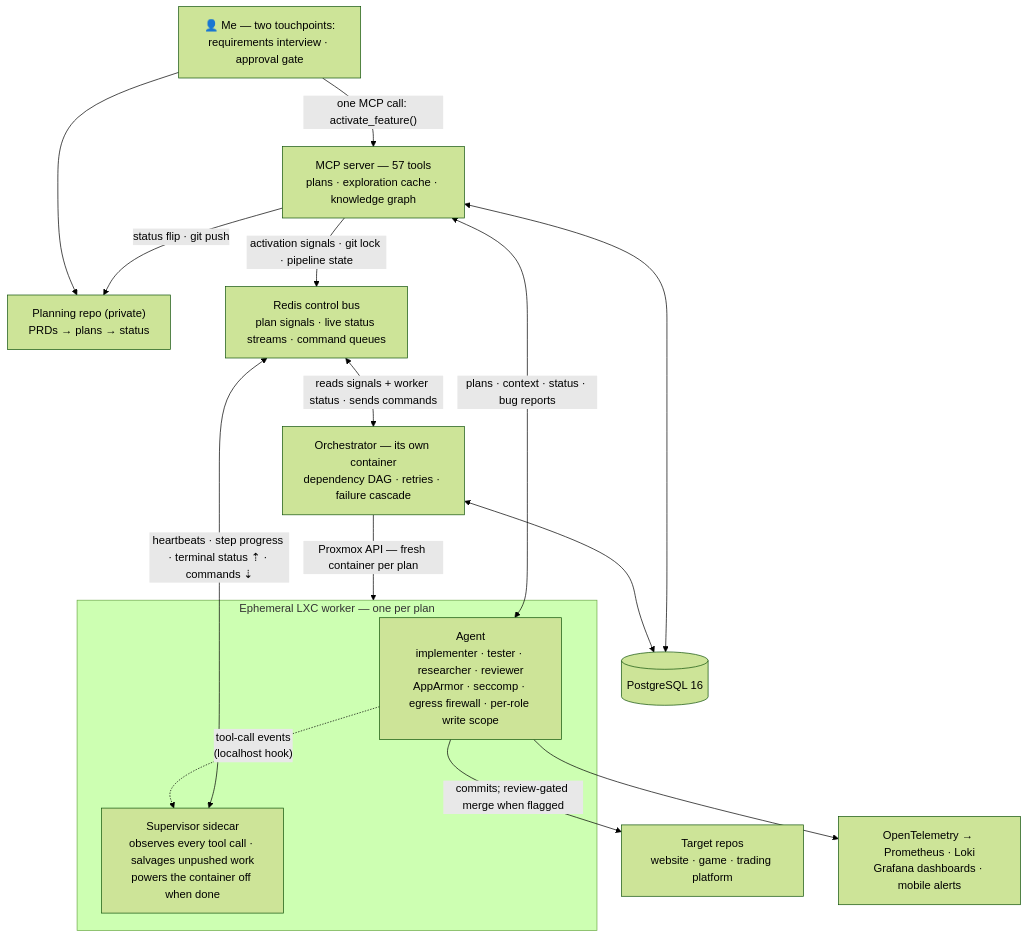
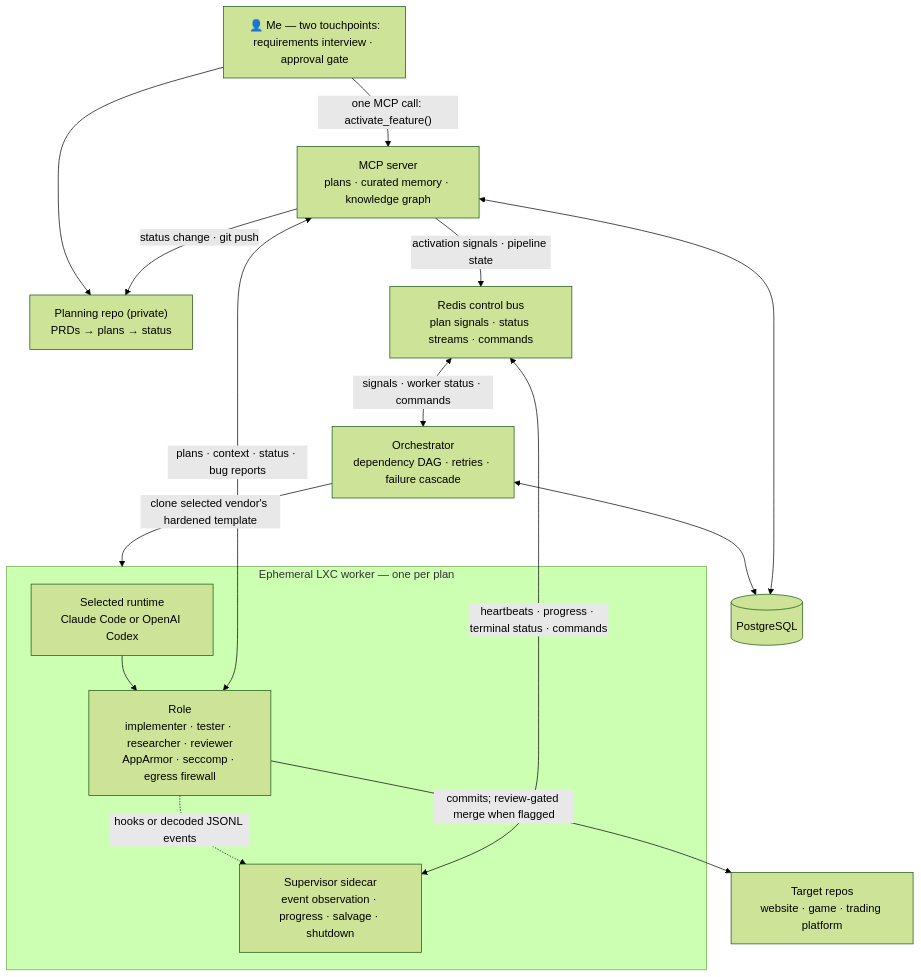
Before and after one commit to GuppitusMaximus/fish-tank: the diagram in README.md, drawn with Mermaid (forest theme). The commit also changed other lines of this file, not shown here.

Commit message:
docs: reflect Codex workers and revamped shared memory (#6)

````diff
--- a/README.md
+++ b/README.md
@@ -28,20 +26,21 @@
 ```mermaid
 flowchart TD
     U["👤 Me — two touchpoints:\nrequirements interview · approval gate"] --> P["Planning repo (private)\nPRDs → plans → status"]
-    U -->|"one MCP call: activate_feature()"| M["MCP server — 57 tools\nplans · exploration cache · knowledge graph"]
-    M -->|"status flip · git push"| P
-    M -->|"activation signals · git lock · pipeline state"| B["Redis control bus\nplan signals · live status streams · command queues"]
-    B <-->|"reads signals + worker status · sends commands"| O["Orchestrator — its own container\ndependency DAG · retries · failure cascade"]
-    O <--> DB[("PostgreSQL 16")]
+    U -->|"one MCP call: activate_feature()"| M["MCP server\nplans · curated memory · knowledge graph"]
+    M -->|"status change · git push"| P
+    M -->|"activation signals · pipeline state"| B["Redis control bus\nplan signals · status streams · commands"]
+    B <-->|"signals · worker status · commands"| O["Orchestrator\ndependency DAG · retries · failure cascade"]
+    O <--> DB[("PostgreSQL")]
     M <--> DB
-    subgraph W["Ephemeral LXC worker — one per plan"]
-        A["Agent\nimplementer · tester · researcher · reviewer\nAppArmor · seccomp · egress firewall · per-role write scope"]
-        S["Supervisor sidecar\nobserves every tool call · salvages unpushed work\npowers the container off when done"]
-        A -.->|"tool-call events\n(localhost hook)"| S
+    subgraph C["Ephemeral LXC worker — one per plan"]
+        R["Selected runtime\nClaude Code or OpenAI Codex"]
+        A["Role\nimplementer · tester · researcher · reviewer\nAppArmor · seccomp · egress firewall"]
+        S["Supervisor sidecar\nevent observation · progress · salvage · shutdown"]
+        R --> A
+        A -.->|"hooks or decoded JSONL events"| S
     end
-    O -->|"Proxmox API — fresh container per plan"| W
-    S <-->|"heartbeats · step progress · terminal status ⇡ · commands ⇣"| B
+    O -->|"clone selected vendor's hardened template"| C
+    S <-->|"heartbeats · progress · terminal status · commands"| B
     A <-->|"plans · context · status · bug reports"| M
     A -->|"commits; review-gated merge when flagged"| T["Target repos\nwebsite · game · trading platform"]
-    A --> OT["OpenTelemetry → Prometheus · Loki\nGrafana dashboards · mobile alerts"]
 ```
````
